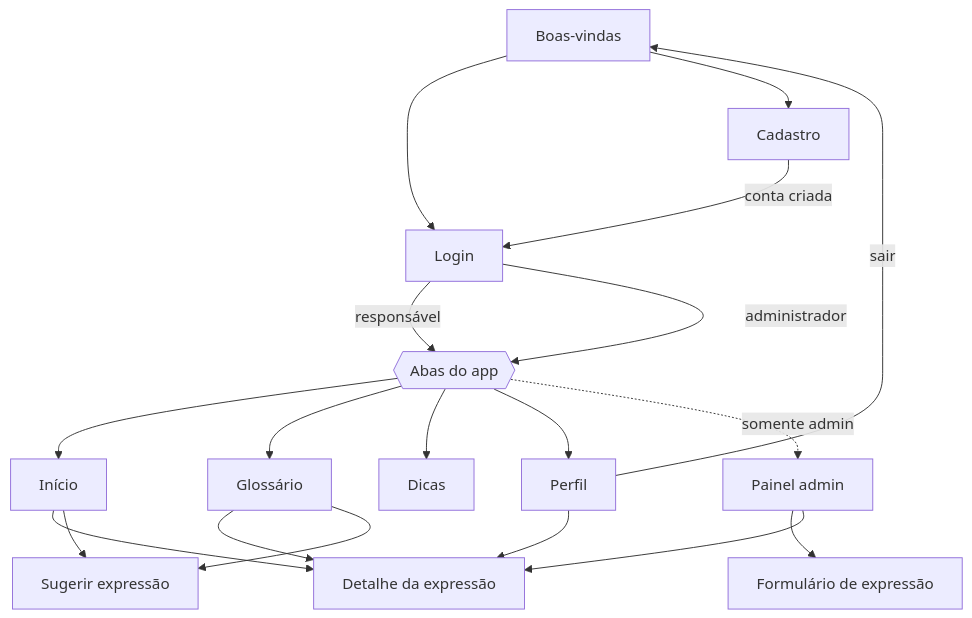
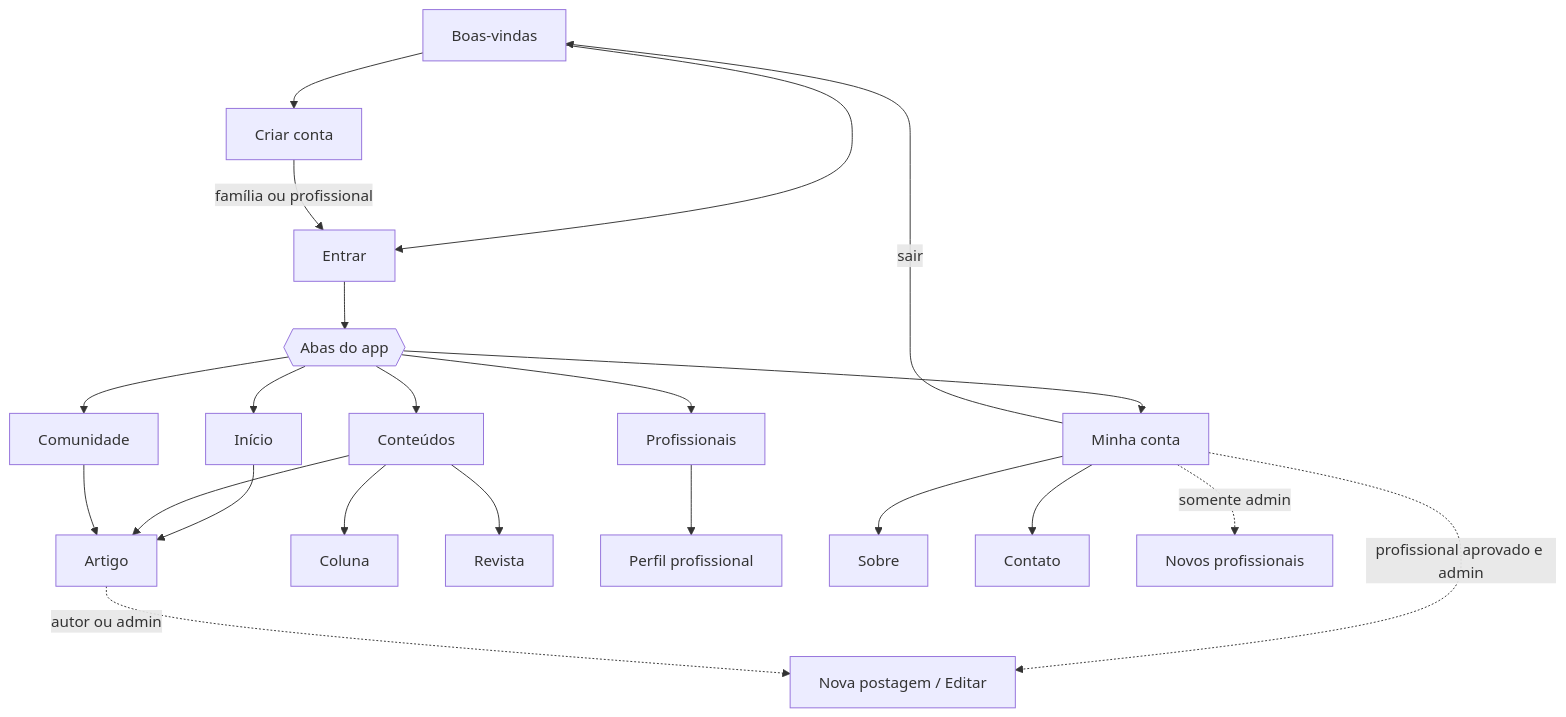
The diagram in README.md (anasprenger/conexaopais.app), drawn with Mermaid before and after one commit. The commit also changed other lines of this file and 12 other files, not shown here.

````diff
--- a/README.md
+++ b/README.md
@@ -143,24 +141,27 @@
 ```mermaid
 flowchart TD
-    W[Boas-vindas] --> L[Login]
-    W --> C[Cadastro]
-    C -->|conta criada| L
-    L -->|responsável| T{{Abas do app}}
-    L -->|administrador| T
+    W[Boas-vindas] --> L[Entrar]
+    W --> C[Criar conta]
+    C -->|família ou profissional| L
+    L --> T{{Abas do app}}
 
     T --> H[Início]
-    T --> G[Glossário]
-    T --> D[Dicas]
-    T --> P[Perfil]
-    T -.->|somente admin| A[Painel admin]
+    T --> CT[Conteúdos]
+    T --> P[Profissionais]
+    T --> CM[Comunidade]
+    T --> MC[Minha conta]
 
-    H --> E[Detalhe da expressão]
-    H --> S[Sugerir expressão]
-    G --> E
-    G --> S
-    P --> E
-    P -->|sair| W
+    H --> A[Artigo]
+    CT --> A
+    CT --> CO[Coluna]
+    CT --> R[Revista]
+    P --> PP[Perfil profissional]
+    CM --> A
+    MC --> S[Sobre]
+    MC --> CTT[Contato]
+    MC -->|sair| W
 
-    A --> F[Formulário de expressão]
-    A --> E
+    MC -.->|profissional aprovado e admin| NP[Nova postagem / Editar]
+    A -.->|autor ou admin| NP
+    MC -.->|somente admin| NV[Novos profissionais]
 ```
````
